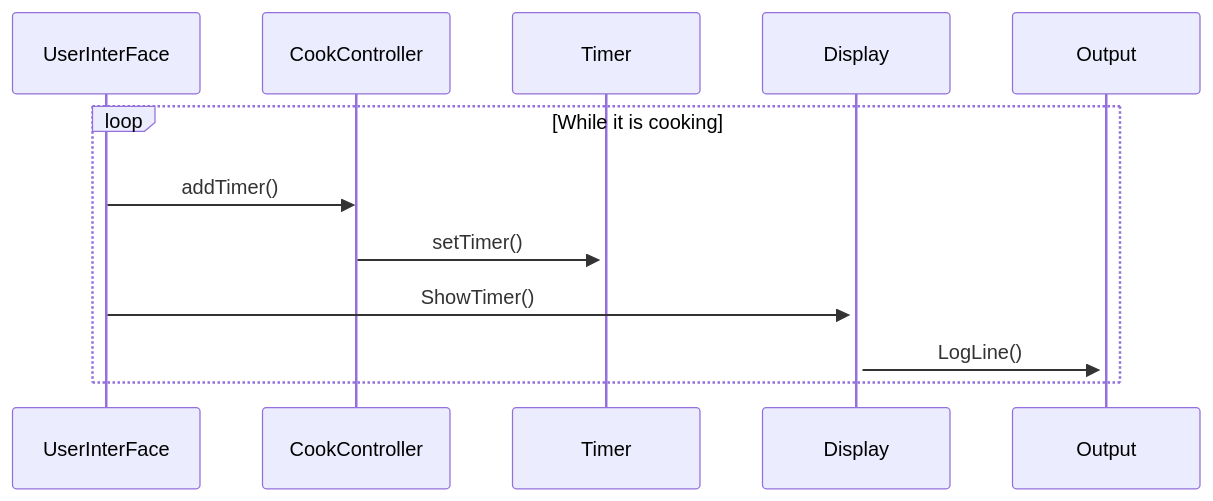
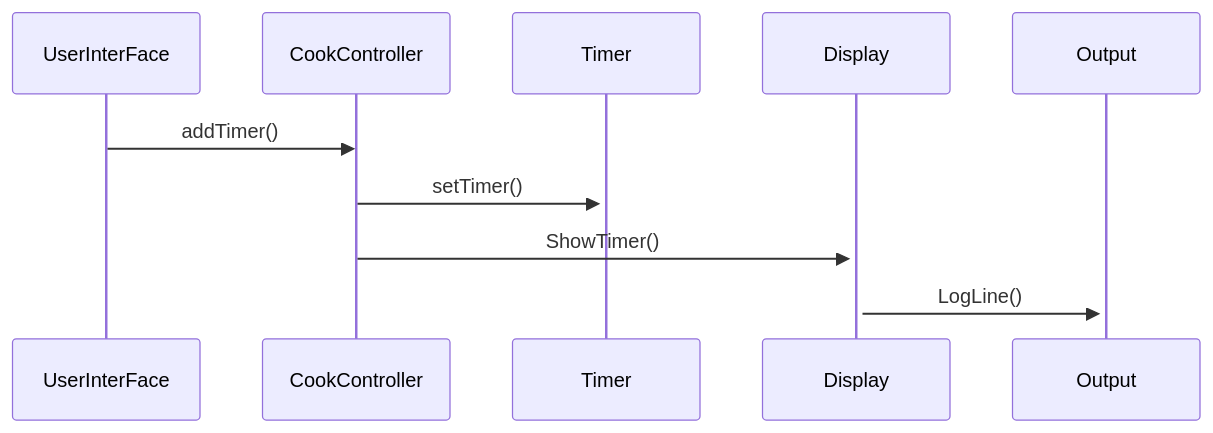
The fifth of 7 diagrams in README.md (Nivethan1999/SWTE22-1-Obligatorisk-Handin-3), drawn with Mermaid before and after one commit.

Commit message:
Update README.md
fix SequenceDiagram for TimeCooking

````diff
--- a/README.md
+++ b/README.md
@@ -82,10 +82,8 @@
 ```mermaid
 sequenceDiagram
-    loop While it is cooking
         UserInterFace->>CookController: addTimer()
         CookController->>+Timer: setTimer()
-        UserInterFace->>+Display: ShowTimer()
+        CookController->>+Display: ShowTimer()
         Display->>+Output: LogLine()
-    end
     
 ```
````
